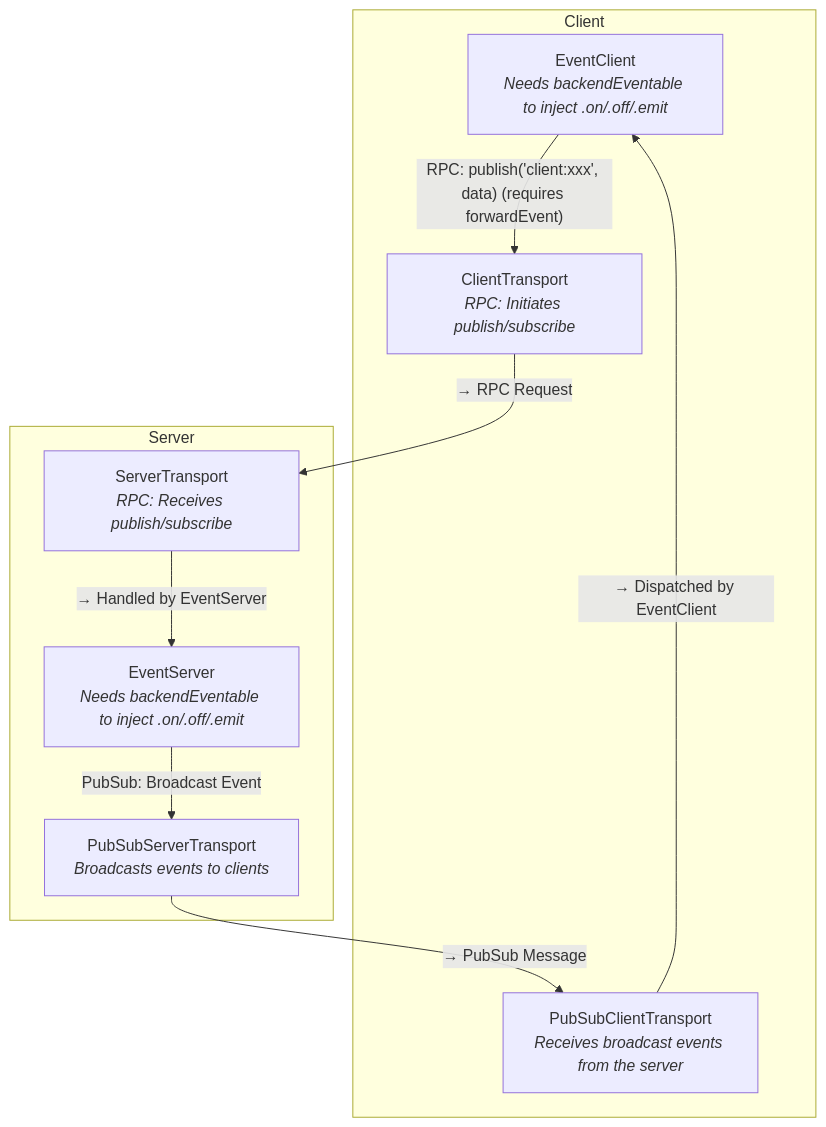
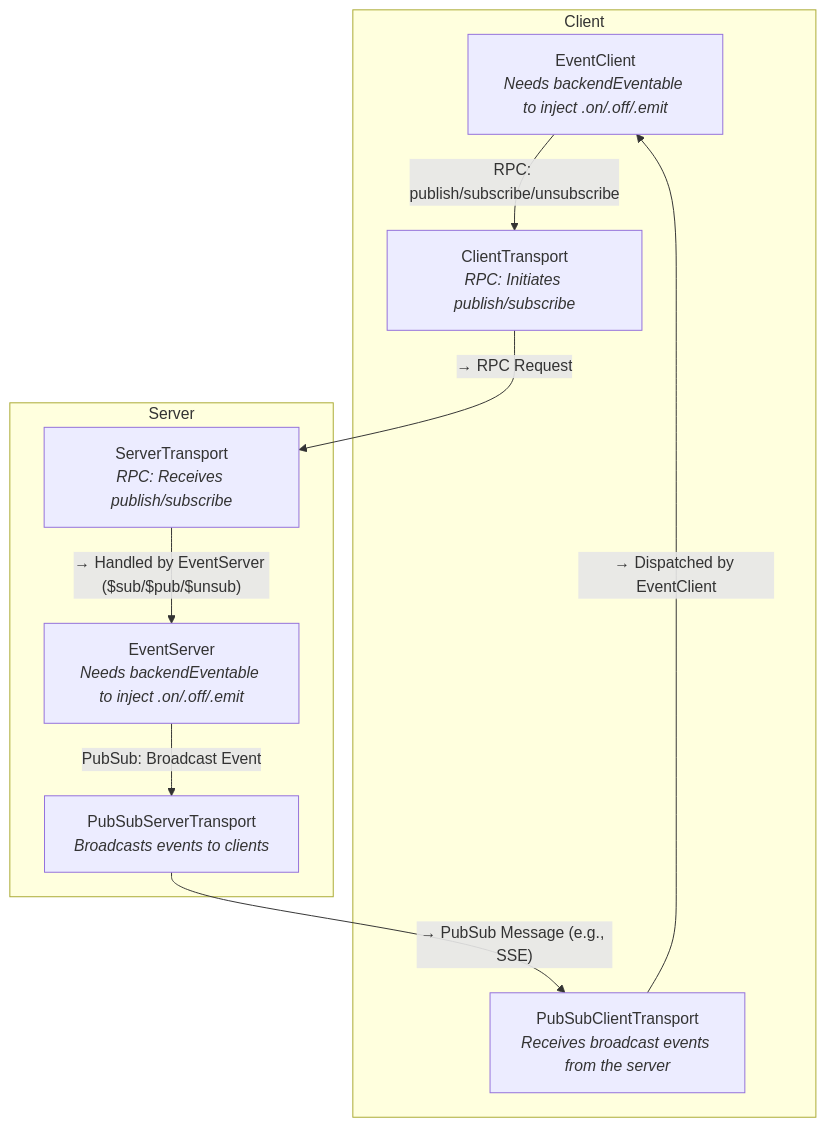
Before and after one commit to isdk/tool-event.js: the diagram in README.md, drawn with Mermaid. The commit also changed other lines of this file and 3 other files, not shown here.

````diff
--- a/README.md
+++ b/README.md
@@ -107,28 +109,25 @@
 ```mermaid
 graph TD
-    %% ========== Client Side ==========
     subgraph "Client"
         EC[EventClient<br><i>Needs backendEventable to inject .on/.off/.emit</i>]
         CT[ClientTransport<br><i>RPC: Initiates publish/subscribe</i>]
         PCT[PubSubClientTransport<br><i>Receives broadcast events from the server</i>]
     end
 
-    %% ========== Server Side ==========
     subgraph "Server"
         ES[EventServer<br><i>Needs backendEventable to inject .on/.off/.emit</i>]
         ST[ServerTransport<br><i>RPC: Receives publish/subscribe</i>]
         PST[PubSubServerTransport<br><i>Broadcasts events to clients</i>]
     end
 
-    %% ========== Connections ==========
-    EC -- "RPC: publish('client:xxx', data) (requires forwardEvent)" --> CT
+    EC -- "RPC: publish/subscribe/unsubscribe" --> CT
     CT -- "→ RPC Request" --> ST
-    ST -- "→ Handled by EventServer" --> ES
+    ST -- "→ Handled by EventServer ($sub/$pub/$unsub)" --> ES
 
     ES -- "PubSub: Broadcast Event" --> PST
-    PST -- "→ PubSub Message" --> PCT
+    PST -- "→ PubSub Message (e.g., SSE)" --> PCT
     PCT -- "→ Dispatched by EventClient" --> EC
 
     class EC,PCT,CT client
     class ES,PST,ST server
 ```
````
